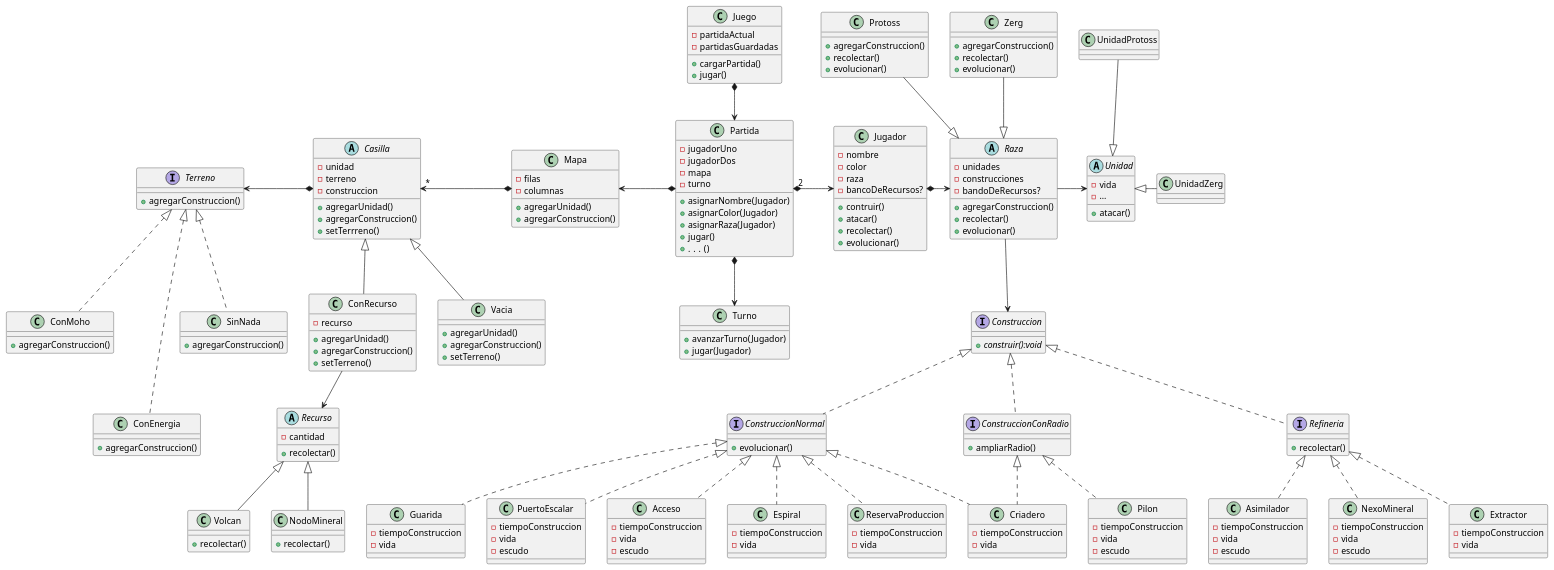
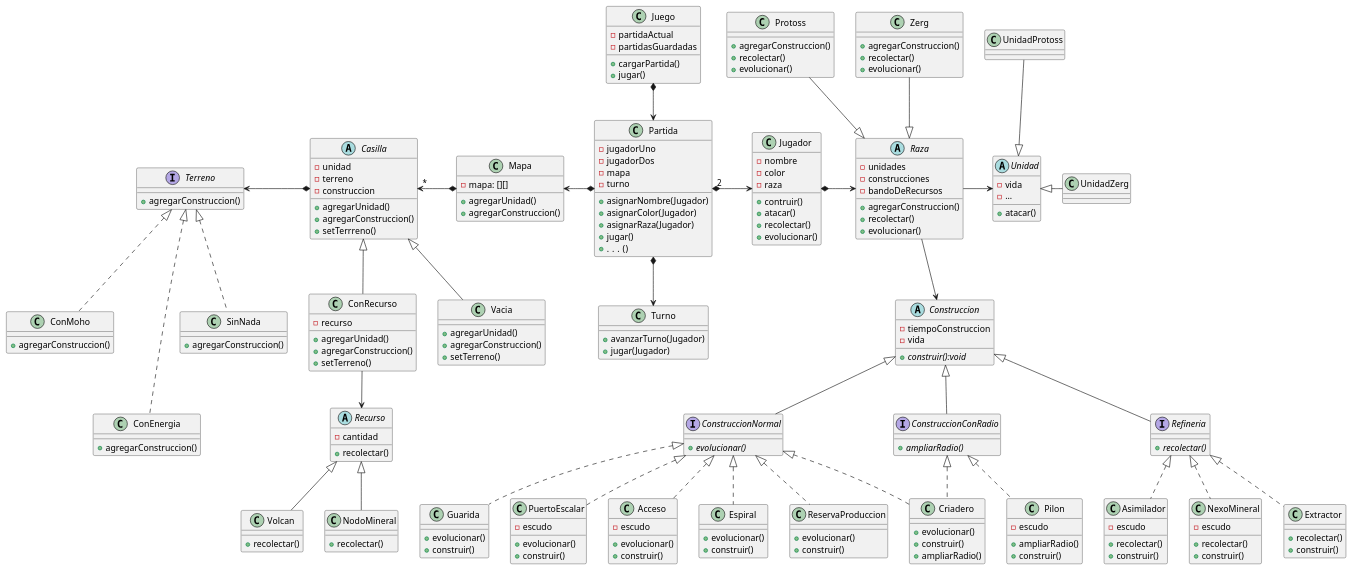
Before and after one commit to GiaWong/Algo3_TP2_2C2022: the diagram in diagrams/classes/ModeloGeneralVersion02.puml, drawn with PlantUML. The commit also changed 1 other file, not shown here.

Commit message:
Diagrama de clase actualizado

```diff
--- a/diagrams/classes/ModeloGeneralVersion02.puml
+++ b/diagrams/classes/ModeloGeneralVersion02.puml
@@ -26,7 +26,7 @@
     - nombre
     - color
     - raza
-    - bancoDeRecursos?
+
 
     + contruir()
     + atacar()
@@ -37,7 +37,7 @@
 abstract class Raza {
     - unidades
     - construcciones
-    - bandoDeRecursos?
+    - bandoDeRecursos
 
     + agregarConstruccion()
     + recolectar()
@@ -68,86 +68,89 @@
 class UnidadProtoss {}
 
 
-interface Construccion {
+abstract Construccion {
+    - tiempoConstruccion
+    - vida
     +{abstract}construir():void
 
 }
 
 interface Refineria {
-    + recolectar()
+    + {abstract}recolectar()
 }
 
 
 
 interface ConstruccionConRadio {
-    +ampliarRadio()
+    +{abstract}ampliarRadio()
 }
 
 interface ConstruccionNormal {
 
-    +evolucionar()
+    +{abstract}evolucionar()
     }
 
 class Extractor {
-    - tiempoConstruccion
-    - vida
+    +recolectar()
+    +construir()
 }
 
 class Asimilador {
-    - tiempoConstruccion
-    - vida
+    +recolectar()
+    +construir()
     - escudo
 }
 
 class NexoMineral {
-    - tiempoConstruccion
-    - vida
+    +recolectar()
+    +construir()
     - escudo
 }
 
 class Criadero {
-    - tiempoConstruccion
-    - vida
+     +evolucionar()
+     +construir()
+     +ampliarRadio()
 }
 
 class Pilon {
-    - tiempoConstruccion
-    - vida
+    +ampliarRadio()
+    +construir()
     - escudo
 }
 
 class Espiral {
-    - tiempoConstruccion
-    - vida
+    +evolucionar()
+    +construir()
+
 }
 
 class ReservaProduccion {
-    - tiempoConstruccion
-    - vida
+     +evolucionar()
+     +construir()
 }
 
 class Guarida {
-    - tiempoConstruccion
-    - vida
+    +evolucionar()
+    +construir()
 
 }
 
 class PuertoEscalar {
-    - tiempoConstruccion
-    - vida
+    +evolucionar()
+    +construir()
     - escudo
 
 }
 
 class Acceso {
-    - tiempoConstruccion
-    - vida
+     +evolucionar()
+     +construir()
     - escudo
 }
 
 class Mapa {
-    - filas
-    - columnas
+    - mapa: [][]
 
     + agregarUnidad()
     + agregarConstruccion()
@@ -228,16 +231,30 @@
 Unidad <|-up- UnidadProtoss
 
 Raza-->Construccion
-Construccion <|.. Refineria
 
-Construccion <|.. ConstruccionConRadio
-Construccion <|.. ConstruccionNormal
+
+
+Construccion <|-- Refineria
+Construccion <|-- ConstruccionConRadio
+Construccion <|-- ConstruccionNormal
+
+
+
 Refineria <|.. Extractor
 Refineria <|.. Asimilador
 Refineria <|.. NexoMineral
+
+
+
+
 ConstruccionConRadio <|.. Criadero
+ConstruccionConRadio <|.. Pilon
+
+
+
+
+
 ConstruccionNormal <|.. Criadero
-ConstruccionConRadio <|.. Pilon
 ConstruccionNormal <|.. Espiral
 ConstruccionNormal <|.. ReservaProduccion
 ConstruccionNormal <|.. Guarida
```
